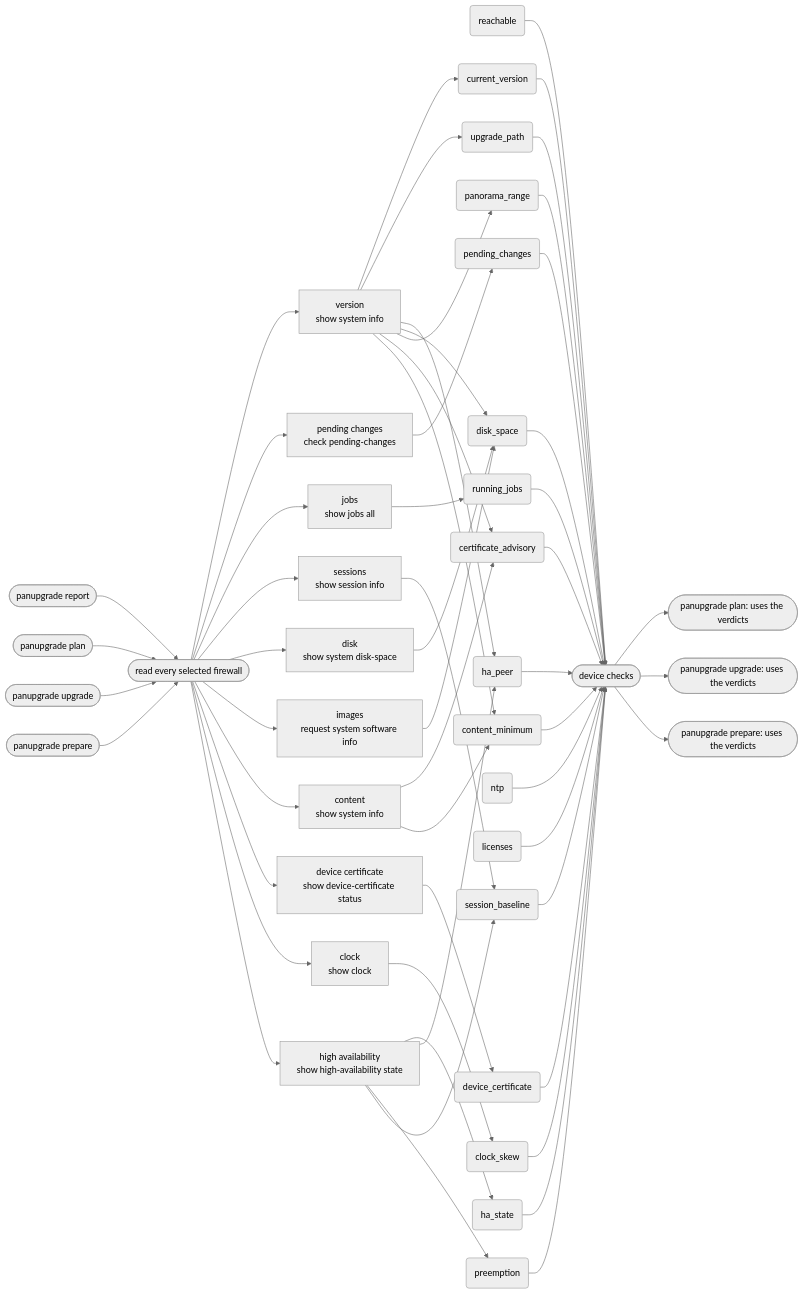
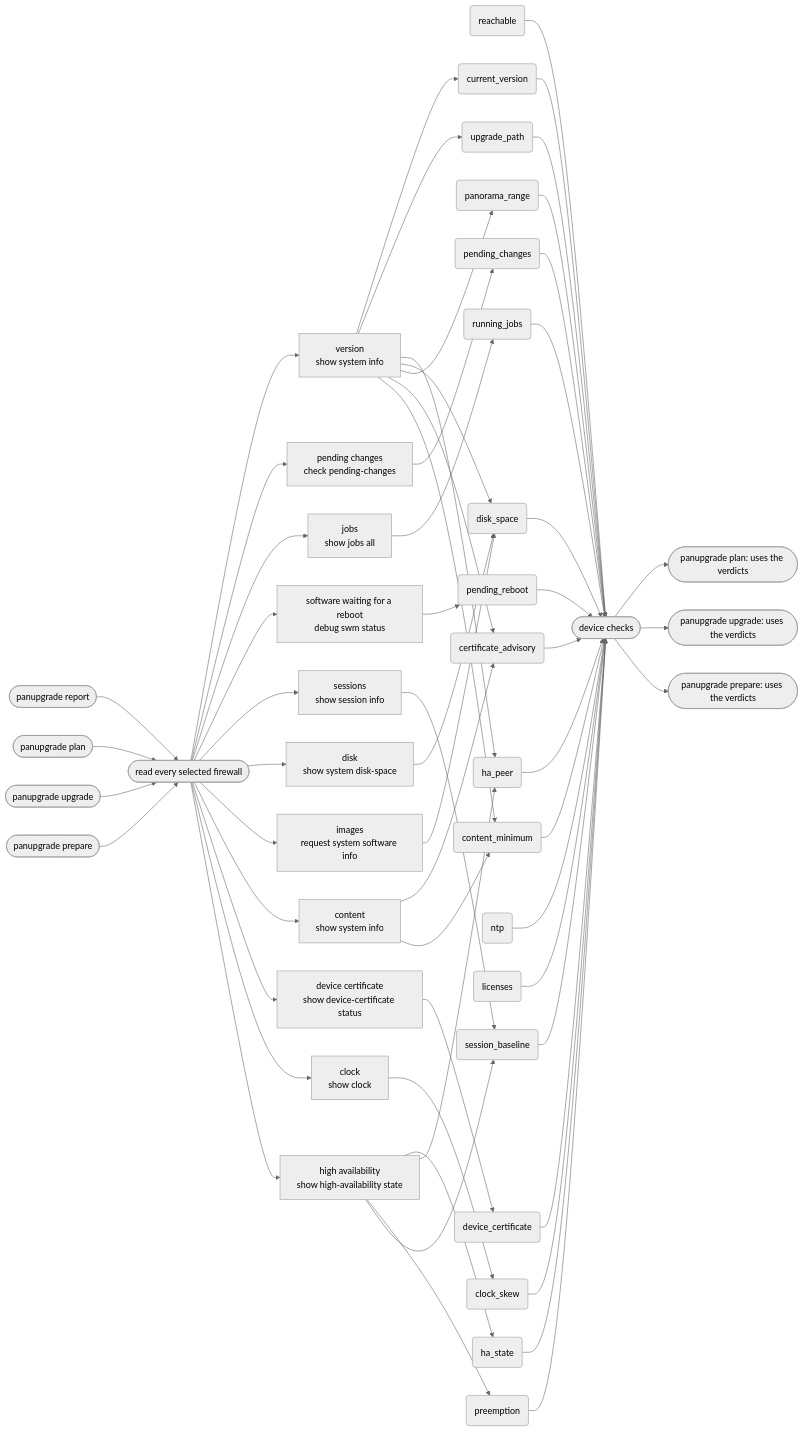
Before and after one commit to fettigcj/panUpgrade: the second of 2 diagrams in docs/flow/checks.md, drawn with Mermaid (neutral theme). The commit also changed other lines of this file and 11 other files, not shown here.

Commit message:
Add pending_reboot check from debug swm status

```diff
--- a/docs/flow/checks.md
+++ b/docs/flow/checks.md
@@ -118,6 +122,8 @@
     reads --> q_pending_changes
     q_jobs["jobs<br/>show jobs all"]
     reads --> q_jobs
+    q_software_waiting_for_a_reboot["software waiting for a reboot<br/>debug swm status"]
+    reads --> q_software_waiting_for_a_reboot
     q_sessions["sessions<br/>show session info"]
     reads --> q_sessions
     q_disk["disk<br/>show system disk-space"]
@@ -140,6 +146,7 @@
     k_preemption("preemption")
     k_disk_space("disk_space")
     k_pending_changes("pending_changes")
+    k_pending_reboot("pending_reboot")
     k_running_jobs("running_jobs")
     k_session_baseline("session_baseline")
     k_ntp("ntp")
@@ -158,6 +165,7 @@
     q_version --> k_content_minimum
     q_pending_changes --> k_pending_changes
     q_jobs --> k_running_jobs
+    q_software_waiting_for_a_reboot --> k_pending_reboot
     q_sessions --> k_session_baseline
     q_disk --> k_disk_space
     q_images --> k_disk_space
@@ -177,6 +185,7 @@
     k_preemption --> judged
     k_disk_space --> judged
     k_pending_changes --> judged
+    k_pending_reboot --> judged
     k_running_jobs --> judged
     k_session_baseline --> judged
     k_ntp --> judged
```
